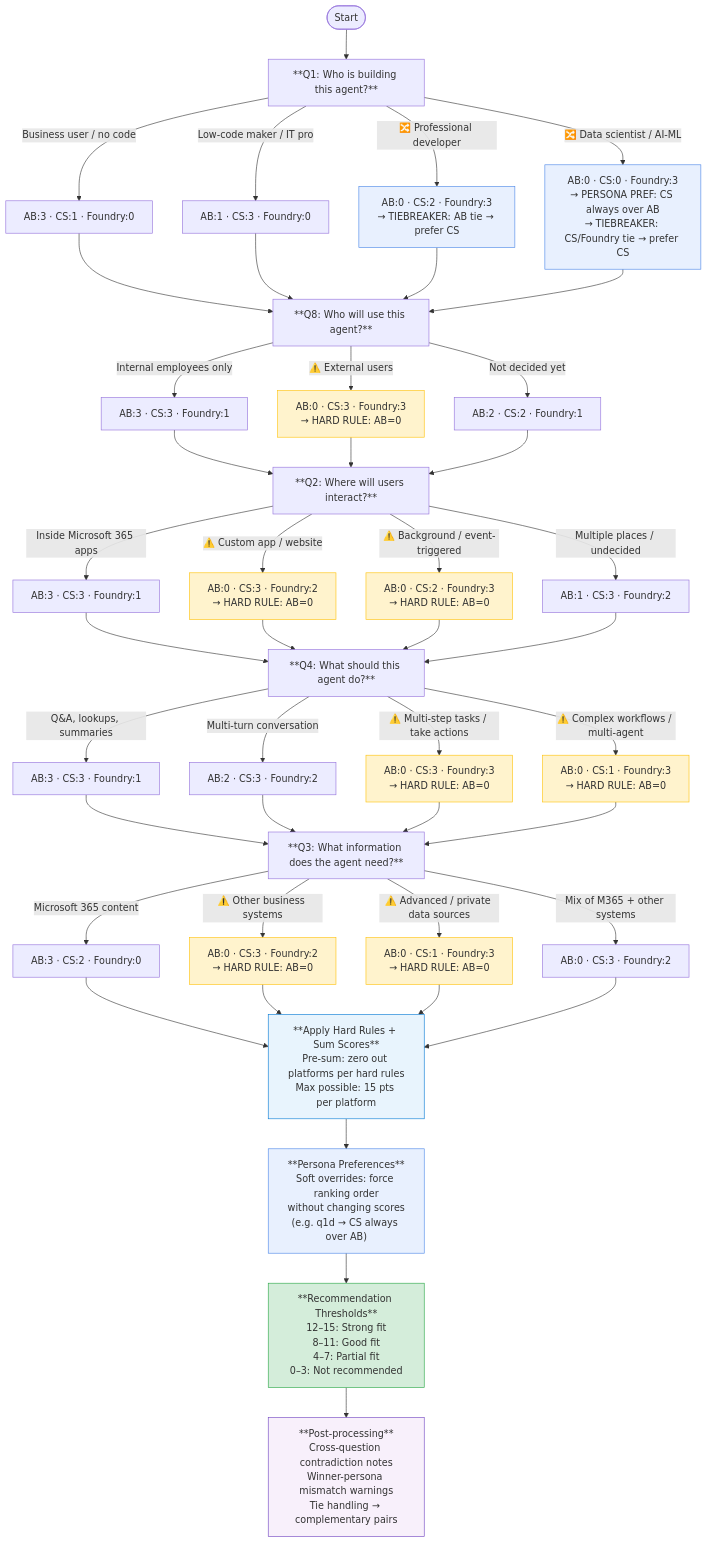
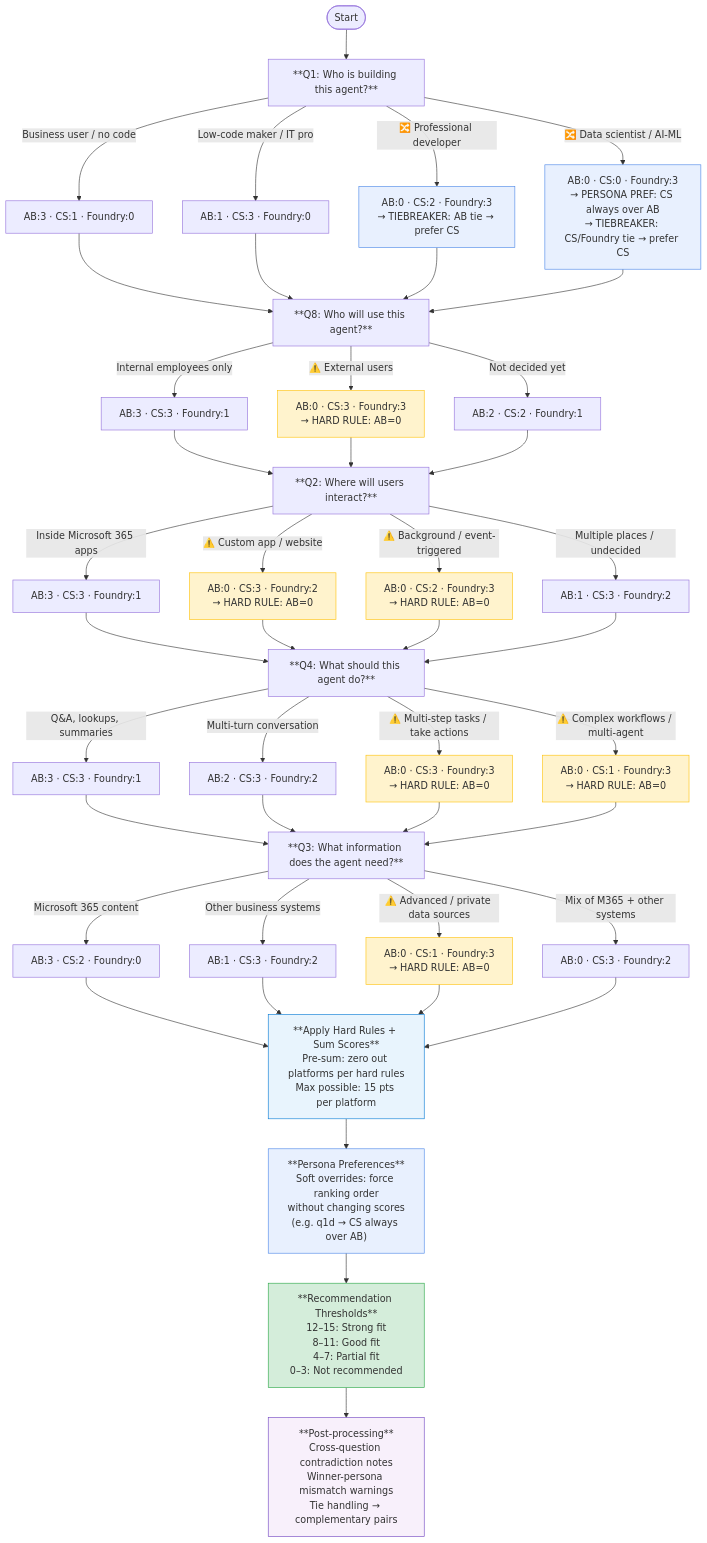
The diagram in docs/FLOWCHART.md (microsoft/AgentPlatformAdvisor), drawn with Mermaid before and after one commit.

Commit message:
Update FLOWCHART.md for q3b scoring change
- Remove hard rule warning icon and annotation from q3b node
- Update q3b scores to AB:1 · CS:3 · Foundry:2
- Remove q3b yellow highlight style (no longer a hard rule trigger)

````diff
--- a/docs/FLOWCHART.md
+++ b/docs/FLOWCHART.md
@@ -1,65 +1,64 @@
 ```mermaid
 flowchart TD
     START([Start]) --> Q1
 
     Q1["**Q1: Who is building this agent?**"]
     Q1 -->|Business user / no code| Q1A["AB:3 · CS:1 · Foundry:0"]
     Q1 -->|Low-code maker / IT pro| Q1B["AB:1 · CS:3 · Foundry:0"]
     Q1 -->|"🔀 Professional developer"| Q1C["AB:0 · CS:2 · Foundry:3\n→ TIEBREAKER: AB tie → prefer CS"]
     Q1 -->|"🔀 Data scientist / AI-ML"| Q1D["AB:0 · CS:0 · Foundry:3\n→ PERSONA PREF: CS always over AB\n→ TIEBREAKER: CS/Foundry tie → prefer CS"]
 
     Q1A & Q1B & Q1C & Q1D --> Q8
 
     Q8["**Q8: Who will use this agent?**"]
     Q8 -->|Internal employees only| Q8A["AB:3 · CS:3 · Foundry:1"]
     Q8 -->|"⚠️ External users"| Q8B["AB:0 · CS:3 · Foundry:3\n→ HARD RULE: AB=0"]
     Q8 -->|Not decided yet| Q8D["AB:2 · CS:2 · Foundry:1"]
 
     Q8A & Q8B & Q8D --> Q2
 
     Q2["**Q2: Where will users interact?**"]
     Q2 -->|Inside Microsoft 365 apps| Q2A["AB:3 · CS:3 · Foundry:1"]
     Q2 -->|"⚠️ Custom app / website"| Q2B["AB:0 · CS:3 · Foundry:2\n→ HARD RULE: AB=0"]
     Q2 -->|"⚠️ Background / event-triggered"| Q2C["AB:0 · CS:2 · Foundry:3\n→ HARD RULE: AB=0"]
     Q2 -->|Multiple places / undecided| Q2D["AB:1 · CS:3 · Foundry:2"]
 
     Q2A & Q2B & Q2C & Q2D --> Q4
 
     Q4["**Q4: What should this agent do?**"]
     Q4 -->|Q&A, lookups, summaries| Q4A["AB:3 · CS:3 · Foundry:1"]
     Q4 -->|Multi-turn conversation| Q4B["AB:2 · CS:3 · Foundry:2"]
     Q4 -->|"⚠️ Multi-step tasks / take actions"| Q4C["AB:0 · CS:3 · Foundry:3\n→ HARD RULE: AB=0"]
     Q4 -->|"⚠️ Complex workflows / multi-agent"| Q4D["AB:0 · CS:1 · Foundry:3\n→ HARD RULE: AB=0"]
 
     Q4A & Q4B & Q4C & Q4D --> Q3
 
     Q3["**Q3: What information does the agent need?**"]
     Q3 -->|Microsoft 365 content| Q3A["AB:3 · CS:2 · Foundry:0"]
-    Q3 -->|"⚠️ Other business systems"| Q3B["AB:0 · CS:3 · Foundry:2\n→ HARD RULE: AB=0"]
+    Q3 -->|"Other business systems"| Q3B["AB:1 · CS:3 · Foundry:2"]
     Q3 -->|"⚠️ Advanced / private data sources"| Q3C["AB:0 · CS:1 · Foundry:3\n→ HARD RULE: AB=0"]
     Q3 -->|Mix of M365 + other systems| Q3D["AB:0 · CS:3 · Foundry:2"]
 
     Q3A & Q3B & Q3C & Q3D --> SCORE
 
     SCORE["**Apply Hard Rules + Sum Scores**\nPre-sum: zero out platforms per hard rules\nMax possible: 15 pts per platform"]
 
     SCORE --> PREF["**Persona Preferences**\nSoft overrides: force ranking order\nwithout changing scores\n(e.g. q1d → CS always over AB)"]
 
     PREF --> RESULT["**Recommendation Thresholds**\n12–15: Strong fit\n8–11: Good fit\n4–7: Partial fit\n0–3: Not recommended"]
 
     RESULT --> NOTES["**Post-processing**\nCross-question contradiction notes\nWinner-persona mismatch warnings\nTie handling → complementary pairs"]
 
     style Q1C fill:#e8f0fe,stroke:#4a86e8
     style Q1D fill:#e8f0fe,stroke:#4a86e8
     style Q8B fill:#fff3cd,stroke:#ffc107
     style Q2B fill:#fff3cd,stroke:#ffc107
     style Q2C fill:#fff3cd,stroke:#ffc107
     style Q4C fill:#fff3cd,stroke:#ffc107
     style Q4D fill:#fff3cd,stroke:#ffc107
-    style Q3B fill:#fff3cd,stroke:#ffc107
     style Q3C fill:#fff3cd,stroke:#ffc107
     style SCORE fill:#e8f4fd,stroke:#0078D4
     style PREF fill:#e8f0fe,stroke:#4a86e8
     style RESULT fill:#d4edda,stroke:#28a745
     style NOTES fill:#f8f0fb,stroke:#6f42c1
 ```
````
